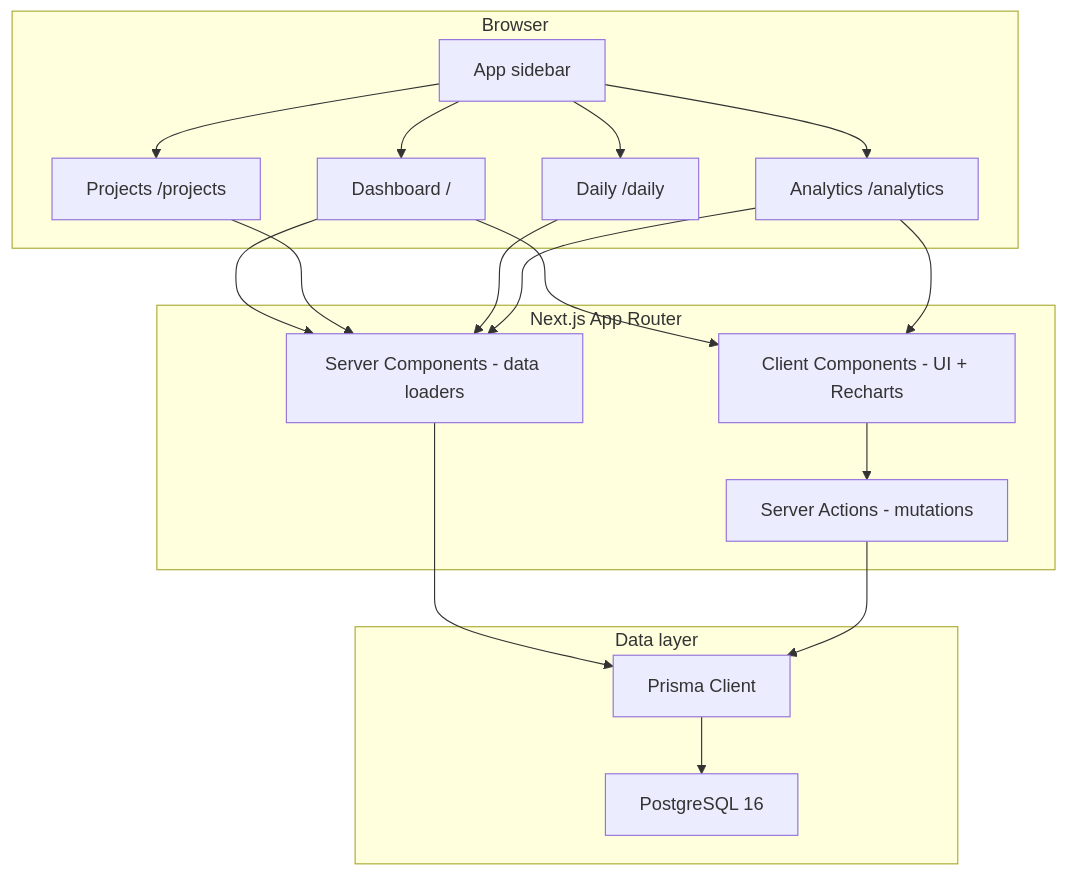
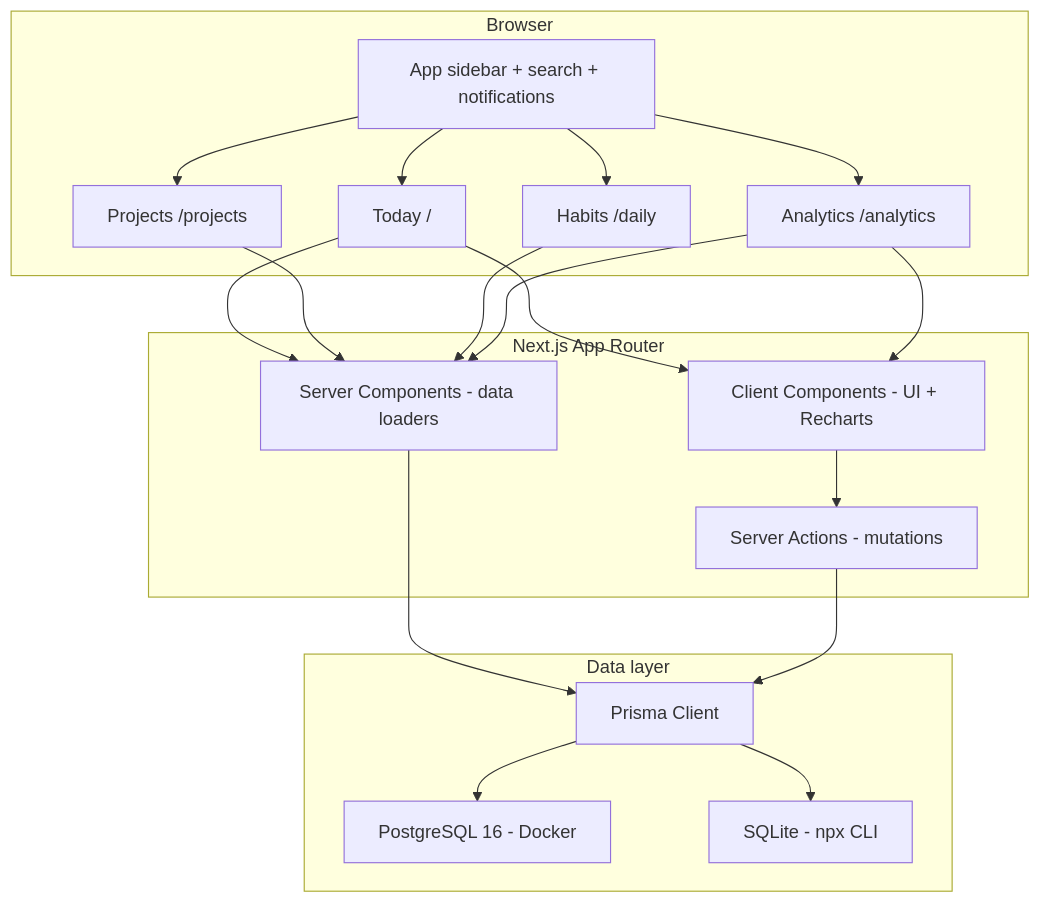
One commit to baselhusam/daily-hub changed the first of 2 diagrams in docs/ARCHITECTURE.md. Above: the diagram before and after it, drawn with Mermaid. The commit also changed other lines of this file and 30 other files, not shown here.

````diff
--- a/docs/ARCHITECTURE.md
+++ b/docs/ARCHITECTURE.md
@@ -7,36 +7,38 @@
 ```mermaid
 flowchart TB
   subgraph client [Browser]
-    Dashboard["Dashboard /"]
+    Today["Today /"]
     Projects["Projects /projects"]
-    Daily["Daily /daily"]
+    Daily["Habits /daily"]
     Analytics["Analytics /analytics"]
-    Sidebar["App sidebar"]
+    Sidebar["App sidebar + search + notifications"]
   end
 
   subgraph nextjs [Next.js App Router]
     RSC["Server Components - data loaders"]
     Actions["Server Actions - mutations"]
     Client["Client Components - UI + Recharts"]
   end
 
   subgraph data [Data layer]
     Prisma["Prisma Client"]
-    PG["PostgreSQL 16"]
+    PG["PostgreSQL 16 - Docker"]
+    SQLite["SQLite - npx CLI"]
   end
 
-  Sidebar --> Dashboard
+  Sidebar --> Today
   Sidebar --> Projects
   Sidebar --> Daily
   Sidebar --> Analytics
-  Dashboard --> RSC
+  Today --> RSC
   Projects --> RSC
   Daily --> RSC
   Analytics --> RSC
-  Dashboard --> Client
+  Today --> Client
   Analytics --> Client
   Client --> Actions
   RSC --> Prisma
   Actions --> Prisma
   Prisma --> PG
+  Prisma --> SQLite
 ```
````
